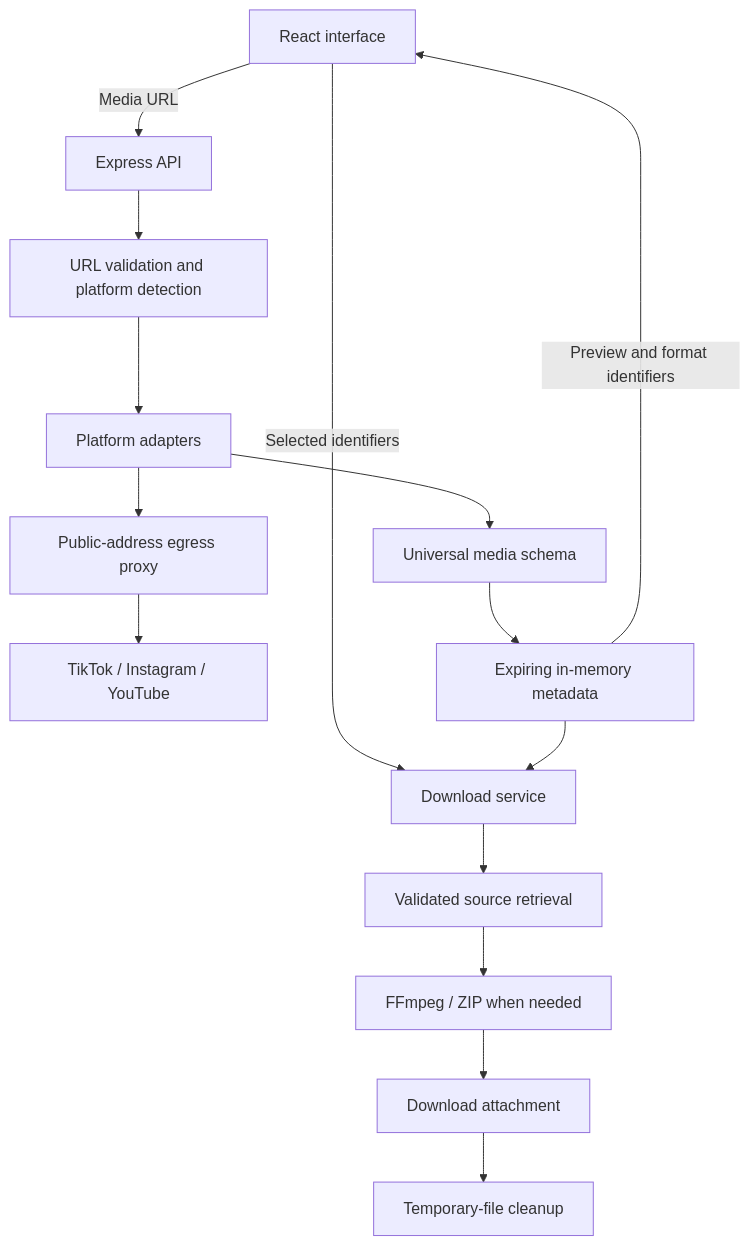
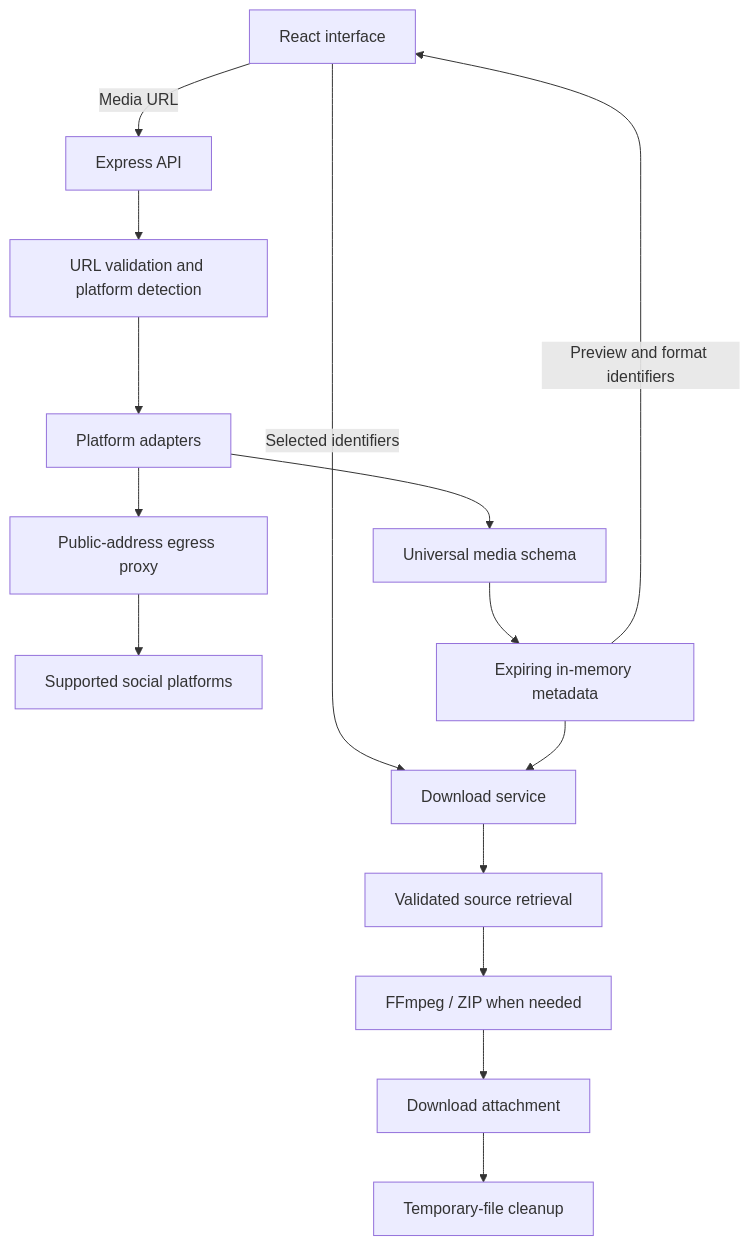
Before and after one commit to Rushi7498/OmniDL: the diagram in README.md, drawn with Mermaid. The commit also changed other lines of this file, not shown here.

````diff
--- a/README.md
+++ b/README.md
@@ -155,17 +176,17 @@
 ```mermaid
 flowchart TD
     UI[React interface] -->|Media URL| API[Express API]
     API --> Validation[URL validation and platform detection]
     Validation --> Extractors[Platform adapters]
     Extractors --> Proxy[Public-address egress proxy]
-    Proxy --> Sources[TikTok / Instagram / YouTube]
+    Proxy --> Sources[Supported social platforms]
     Extractors --> Schema[Universal media schema]
     Schema --> Cache[Expiring in-memory metadata]
     Cache -->|Preview and format identifiers| UI
     UI -->|Selected identifiers| Download[Download service]
     Cache --> Download
     Download --> Fetch[Validated source retrieval]
     Fetch --> Process[FFmpeg / ZIP when needed]
     Process --> Response[Download attachment]
     Response --> Cleanup[Temporary-file cleanup]
 ```
````
